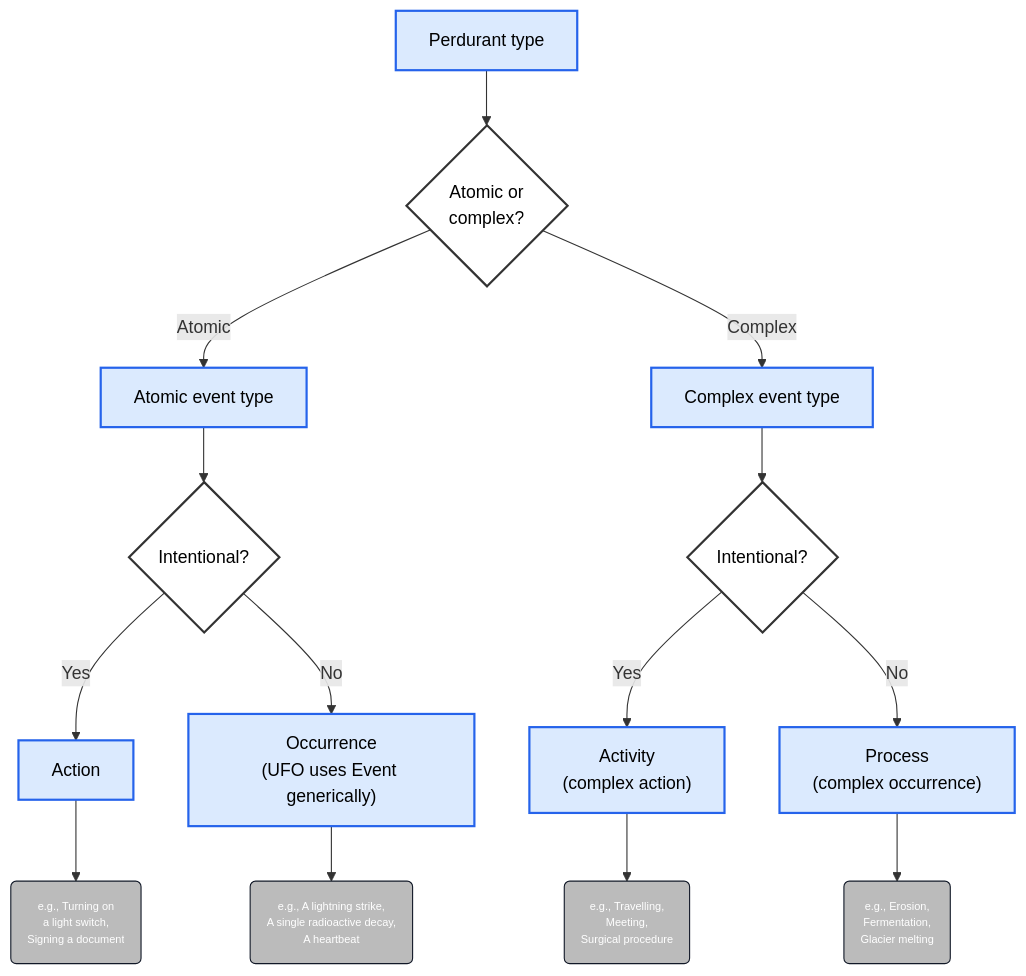
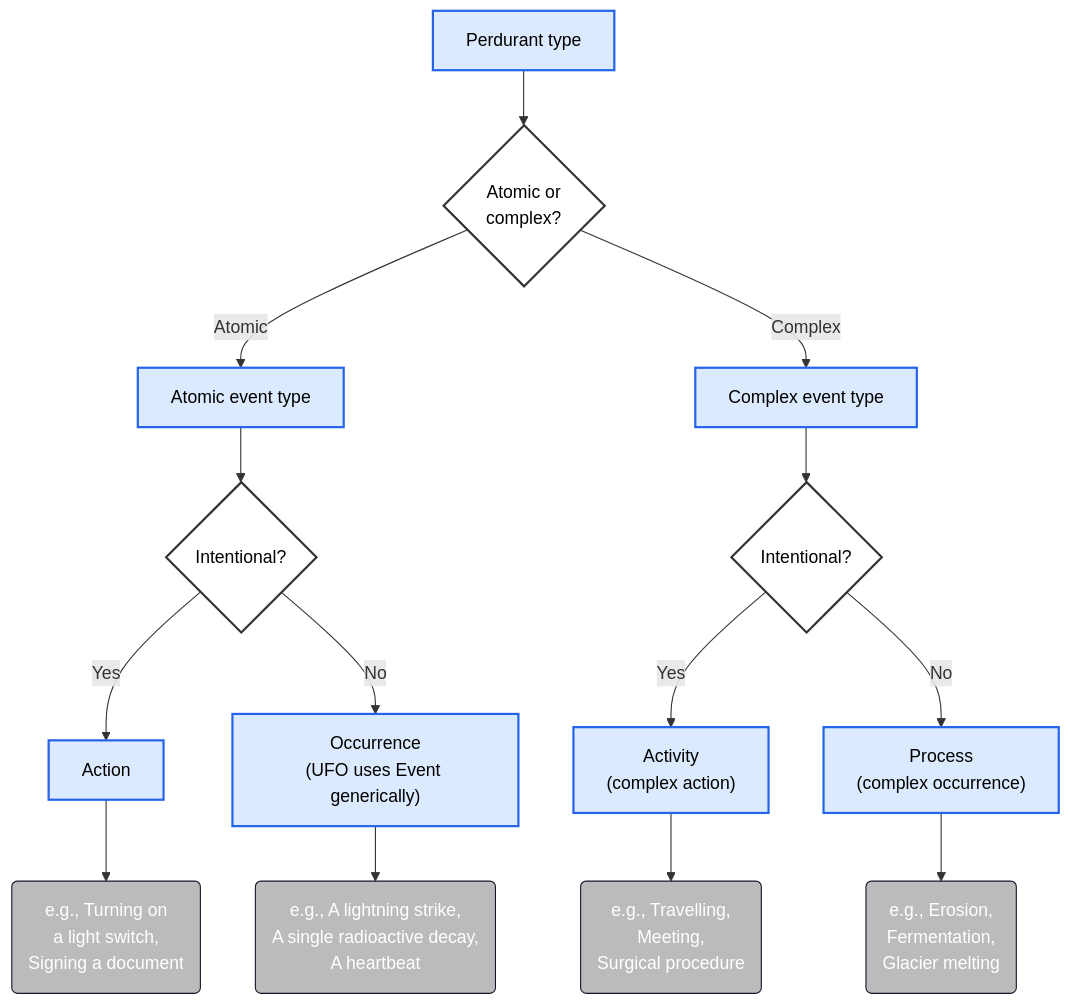
One commit to spdrnl/UFO-Modeling-Decision-Tree changed the diagram in 05-Perdurant.mermaid. Above: the diagram before and after it, drawn with Mermaid. The commit also changed 12 other files, not shown here.

Commit message:
Added PDF and increased example font size.

```diff
--- a/05-Perdurant.mermaid
+++ b/05-Perdurant.mermaid
@@ -1,45 +1,45 @@
 flowchart TD
     P0[Perdurant type]
 
     P0 --> P1{Atomic or \ncomplex?}
 
     %% ATOMIC EVENTS
     P1 -->|Atomic| AE[Atomic event type]
     AE --> AE1{Intentional?}
 
     AE1 -->|Yes| AA["Action"]
     AE1 -->|No| AEV["Occurrence\n(UFO uses Event generically)"]
 
     %% COMPLEX EVENTS
     P1 -->|Complex| CE[Complex event type]
     CE --> CE1{Intentional?}
 
     CE1 -->|Yes| CA["Activity \n(complex action)"]
     CE1 -->|No| PROC["Process \n(complex occurrence)"]
 
     %% EXAMPLES - Atomic Actions
     AA_ex("e.g., Turning on \na light switch, \nSigning a document"):::example
     AA --> AA_ex
 
     %% EXAMPLES - Atomic Events
     AEV_ex("e.g., A lightning strike, \nA single radioactive decay, \nA heartbeat"):::example
     AEV --> AEV_ex
 
     %% EXAMPLES - Complex Actions (Activities)
     CA_ex("e.g., Travelling, \nMeeting, \nSurgical procedure"):::example
     CA --> CA_ex
 
     %% EXAMPLES - Processes
     PROC_ex("e.g., Erosion, \nFermentation, \nGlacier melting"):::example
     PROC --> PROC_ex
 
 
     %% CLASSES
-    classDef example fill:#BBBBBB,stroke:#111827,stroke-width:1px,color:#ffffff,font-size:10px;
+    classDef example fill:#BBBBBB,stroke:#111827,stroke-width:1px,color:#ffffff;
     classDef generic fill:#ffffff,stroke:#333,stroke-width:2px,color:#000;
     classDef perdurant fill:#dbeafe,stroke:#2563eb,stroke-width:2px,color:#000;
     classDef note fill:#fef3c7,stroke:#eab308,stroke-width:1px,stroke-dasharray: 3 3,color:#000,font-size:9px;
 
     %% Apply styles
     class P1,AE1,CE1 generic;
     class P0,AE,CE,AA,AEV,CA,PROC perdurant;
```
